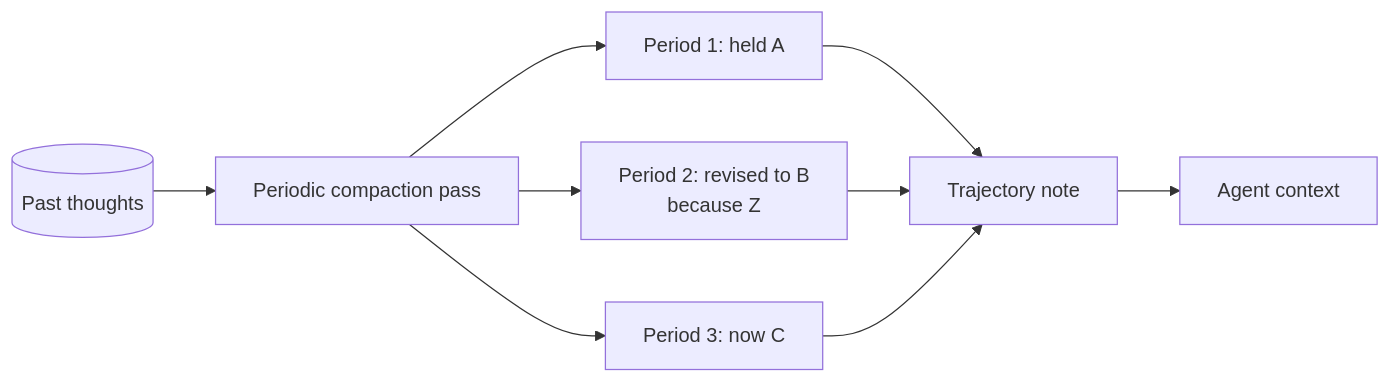
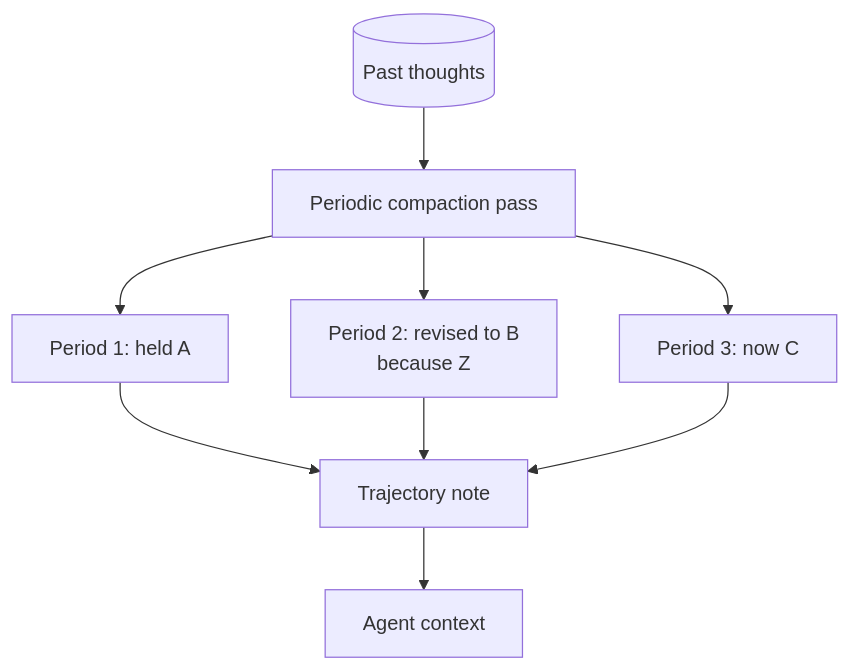
The diagram in patterns/self-archaeology.md (agentpatternscatalog/patterns), drawn with Mermaid before and after one commit. The commit also changed 292 other files, not shown here.

````diff
--- a/patterns/self-archaeology.md
+++ b/patterns/self-archaeology.md
@@ -37,11 +37,11 @@
 ```mermaid
-flowchart LR
+flowchart TD
   Th[(Past thoughts)] --> Comp[Periodic compaction pass]
   Comp --> P1[Period 1: held A]
   Comp --> P2[Period 2: revised to B<br/>because Z]
   Comp --> P3[Period 3: now C]
   P1 --> Note[Trajectory note]
   P2 --> Note
   P3 --> Note
   Note --> Agent[Agent context]
 ```
````
